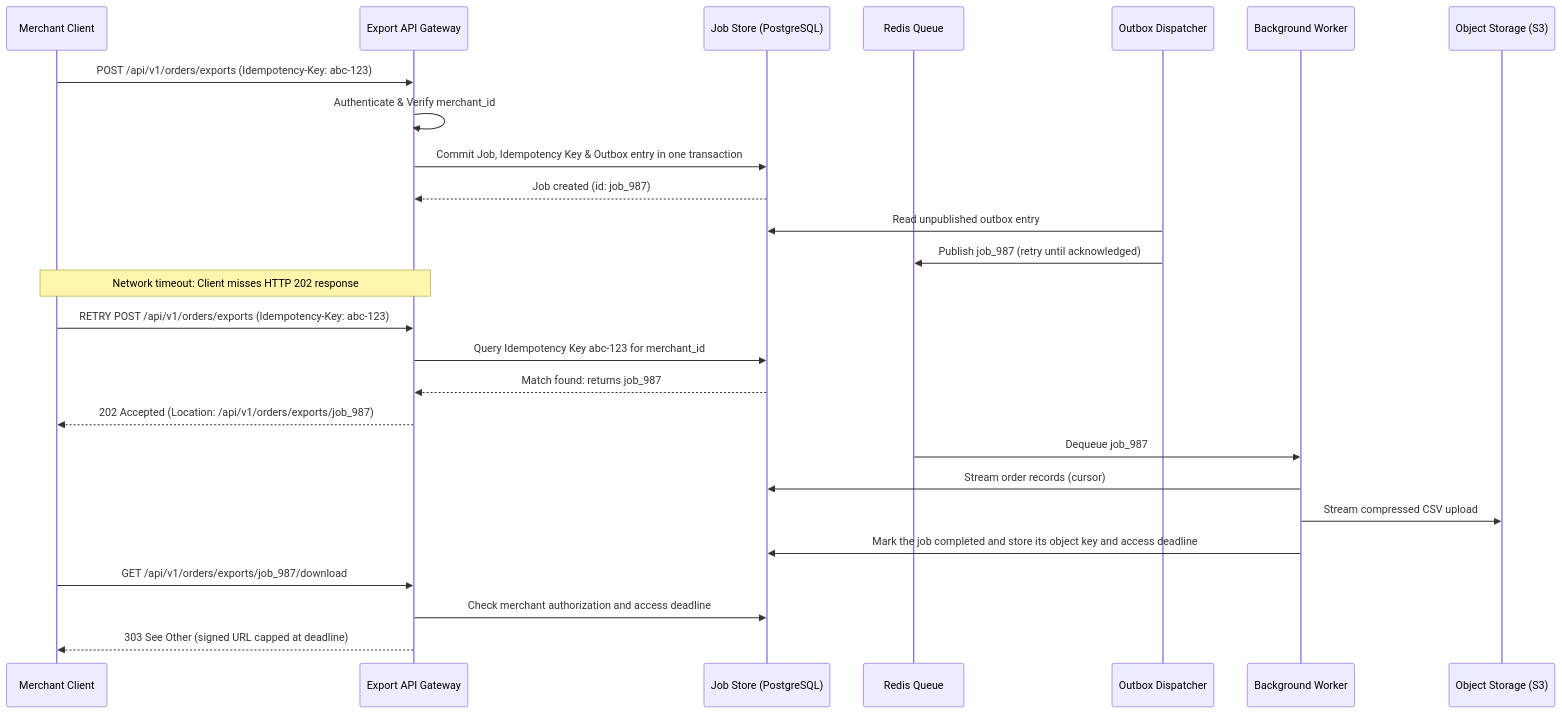
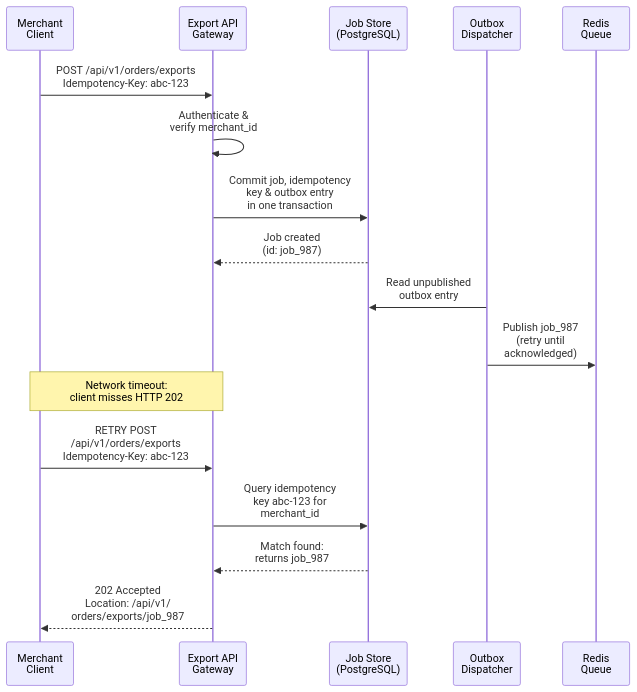
Before and after one commit to marcelomiyake/marcelomiyake.github.io: the first of 2 diagrams in _posts/2026-09-23-ai-system-design-documents.markdown, drawn with Mermaid. The commit also changed other lines of this file and 21 other files, not shown here.

First line of the commit message:
fix(blog): update facts, make diagrams legible, and align translations

````diff
--- a/_posts/2026-09-23-ai-system-design-documents.markdown
+++ b/_posts/2026-09-23-ai-system-design-documents.markdown
@@ -158,32 +158,23 @@
 ```mermaid
+%%{init: {"sequence": {"width": 100, "actorMargin": 30}}}%%
 sequenceDiagram
-    accTitle: Asynchronous order export sequence with idempotency
-    accDescr: The API commits a job and outbox entry together. A dispatcher publishes queued work and can retry after a crash. The worker stores an object key; downloads are authorized and signed within the job's access window.
-    participant Client as Merchant Client
-    participant API as Export API Gateway
-    participant DB as Job Store (PostgreSQL)
-    participant Queue as Redis Queue
-    participant Dispatcher as Outbox Dispatcher
-    participant Worker as Background Worker
-    participant S3 as Object Storage (S3)
+    accTitle: Order export submission with an outbox and idempotent retry
+    accDescr: The API commits a job, its idempotency key, and an outbox entry in one transaction. A dispatcher publishes the queued job and retries until acknowledged. When the client retries after a timeout, the API finds the existing job by idempotency key and returns it.
+    participant Client as Merchant<br/>Client
+    participant API as Export API<br/>Gateway
+    participant DB as Job Store<br/>(PostgreSQL)
+    participant Dispatcher as Outbox<br/>Dispatcher
+    participant Queue as Redis<br/>Queue
 
-    Client->>API: POST /api/v1/orders/exports (Idempotency-Key: abc-123)
-    API->>API: Authenticate & Verify merchant_id
-    API->>DB: Commit Job, Idempotency Key & Outbox entry in one transaction
-    DB-->>API: Job created (id: job_987)
-    Dispatcher->>DB: Read unpublished outbox entry
-    Dispatcher->>Queue: Publish job_987 (retry until acknowledged)
-    Note over Client,API: Network timeout: Client misses HTTP 202 response
-    Client->>API: RETRY POST /api/v1/orders/exports (Idempotency-Key: abc-123)
-    API->>DB: Query Idempotency Key abc-123 for merchant_id
-    DB-->>API: Match found: returns job_987
-    API-->>Client: 202 Accepted (Location: /api/v1/orders/exports/job_987)
-    
-    Queue->>Worker: Dequeue job_987
-    Worker->>DB: Stream order records (cursor)
-    Worker->>S3: Stream compressed CSV upload
-    Worker->>DB: Mark the job completed and store its object key and access deadline
-    Client->>API: GET /api/v1/orders/exports/job_987/download
-    API->>DB: Check merchant authorization and access deadline
-    API-->>Client: 303 See Other (signed URL capped at deadline)
+    Client->>API: POST /api/v1/orders/exports<br/>Idempotency-Key: abc-123
+    API->>API: Authenticate &<br/>verify merchant_id
+    API->>DB: Commit job, idempotency<br/>key & outbox entry<br/>in one transaction
+    DB-->>API: Job created<br/>(id: job_987)
+    Dispatcher->>DB: Read unpublished<br/>outbox entry
+    Dispatcher->>Queue: Publish job_987<br/>(retry until<br/>acknowledged)
+    Note over Client,API: Network timeout:<br/>client misses HTTP 202
+    Client->>API: RETRY POST<br/>/api/v1/orders/exports<br/>Idempotency-Key: abc-123
+    API->>DB: Query idempotency<br/>key abc-123 for<br/>merchant_id
+    DB-->>API: Match found:<br/>returns job_987
+    API-->>Client: 202 Accepted<br/>Location: /api/v1/<br/>orders/exports/job_987
 ```
````
